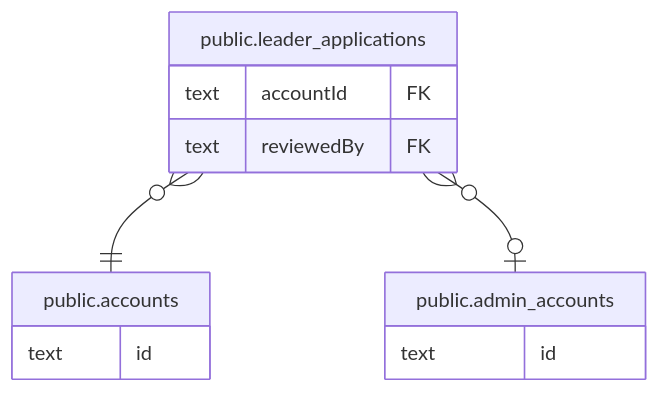
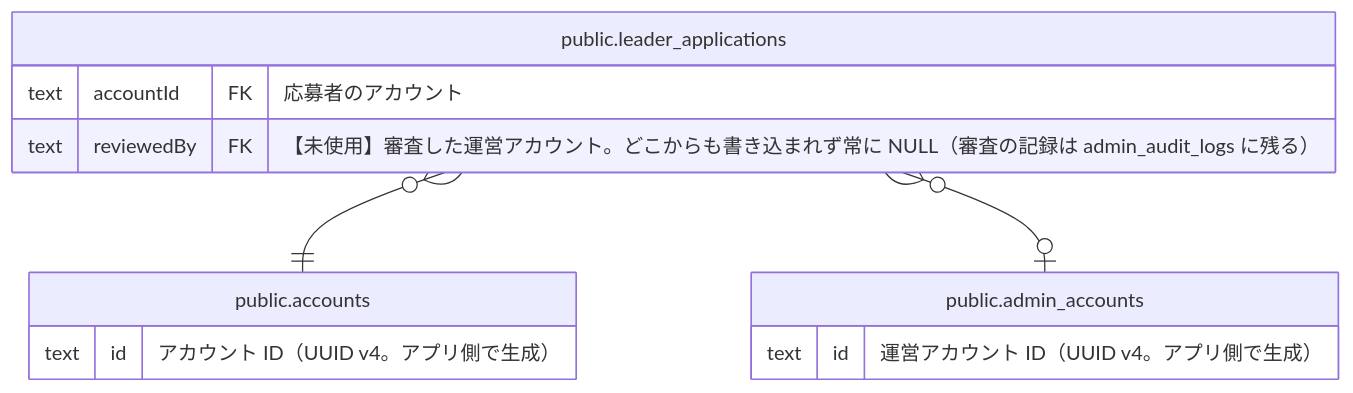
Before and after one commit to Physicalfunding/PhysiFun: the diagram in docs/db/public.leader_applications.md, drawn with Mermaid. The commit also changed other lines of this file and 23 other files, not shown here.

````diff
--- a/docs/db/public.leader_applications.md
+++ b/docs/db/public.leader_applications.md
@@ -62,17 +66,17 @@
 ```mermaid
 erDiagram
 
 "public.leader_applications" }o--|| "public.accounts" : ""
 "public.leader_applications" }o--o| "public.admin_accounts" : ""
 
 "public.leader_applications" {
-  text accountId FK ""
-  text reviewedBy FK ""
+  text accountId FK "応募者のアカウント"
+  text reviewedBy FK "【未使用】審査した運営アカウント。どこからも書き込まれず常に NULL（審査の記録は admin_audit_logs に残る）"
 }
 "public.accounts" {
-  text id ""
+  text id "アカウント ID（UUID v4。アプリ側で生成）"
 }
 "public.admin_accounts" {
-  text id ""
+  text id "運営アカウント ID（UUID v4。アプリ側で生成）"
 }
 ```
````
